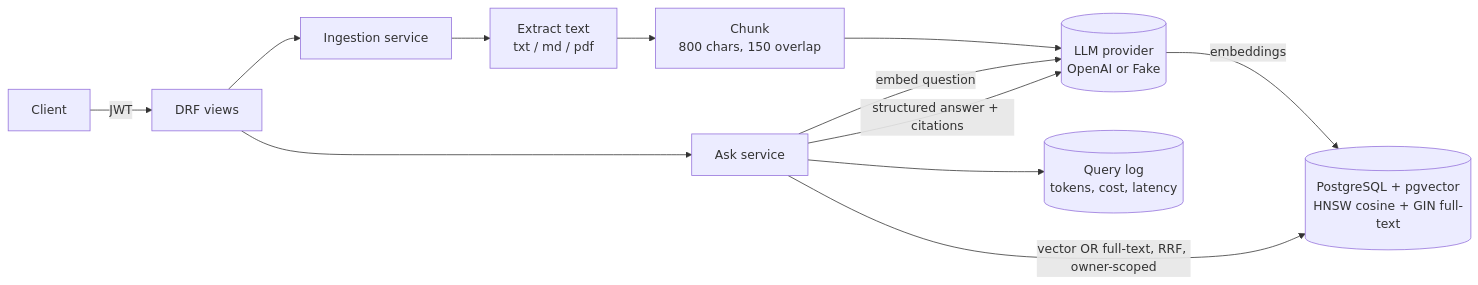
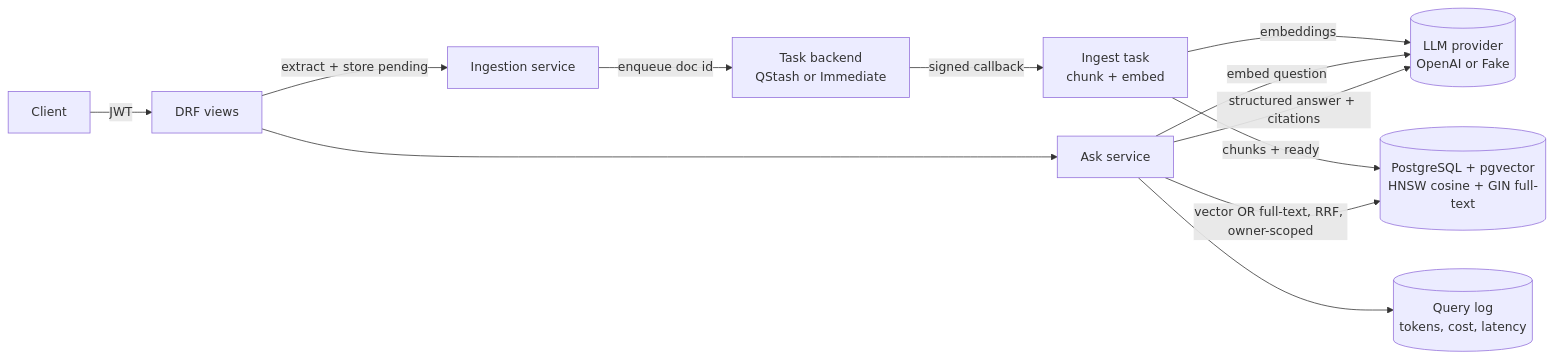
One commit to davidyapcc/django-rag-api changed the diagram in README.md. Above: the diagram before and after it, drawn with Mermaid. The commit also changed other lines of this file and 28 other files, not shown here.

Commit message:
feat: async ingestion through a push queue (QStash)

````diff
--- a/README.md
+++ b/README.md
@@ -29,14 +29,14 @@
 ```mermaid
 flowchart LR
     C[Client] -->|JWT| API[DRF views]
-    API --> ING[Ingestion service]
-    ING --> EX[Extract text<br/>txt / md / pdf]
-    EX --> CH[Chunk<br/>800 chars, 150 overlap]
-    CH --> P[(LLM provider<br/>OpenAI or Fake)]
-    P -->|embeddings| DB[(PostgreSQL + pgvector<br/>HNSW cosine + GIN full-text)]
+    API -->|extract + store pending| ING[Ingestion service]
+    ING -->|enqueue doc id| Q[Task backend<br/>QStash or Immediate]
+    Q -->|signed callback| TASK[Ingest task<br/>chunk + embed]
+    TASK -->|embeddings| P[(LLM provider<br/>OpenAI or Fake)]
+    TASK -->|chunks + ready| DB[(PostgreSQL + pgvector<br/>HNSW cosine + GIN full-text)]
     API --> QA[Ask service]
     QA -->|embed question| P
     QA -->|vector OR full-text, RRF, owner-scoped| DB
     QA -->|structured answer + citations| P
     QA --> LOG[(Query log<br/>tokens, cost, latency)]
 ```
````
